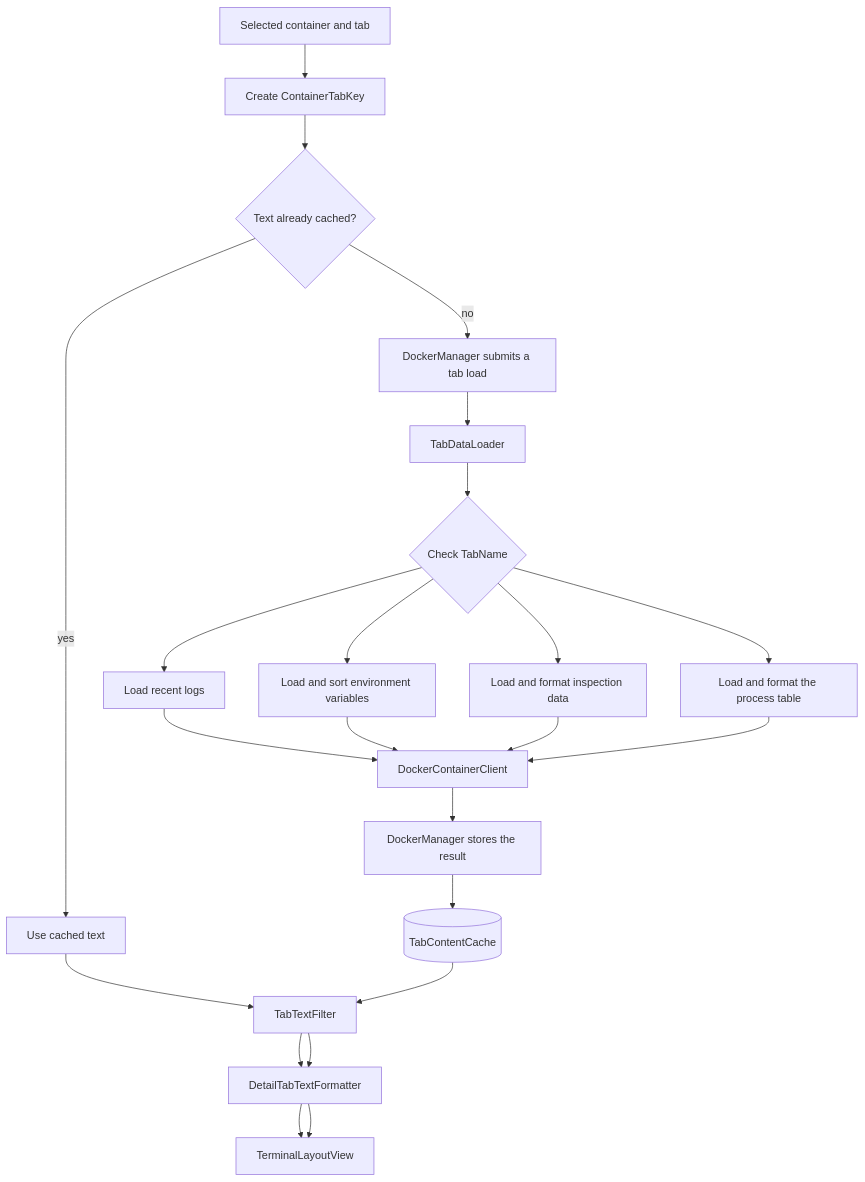
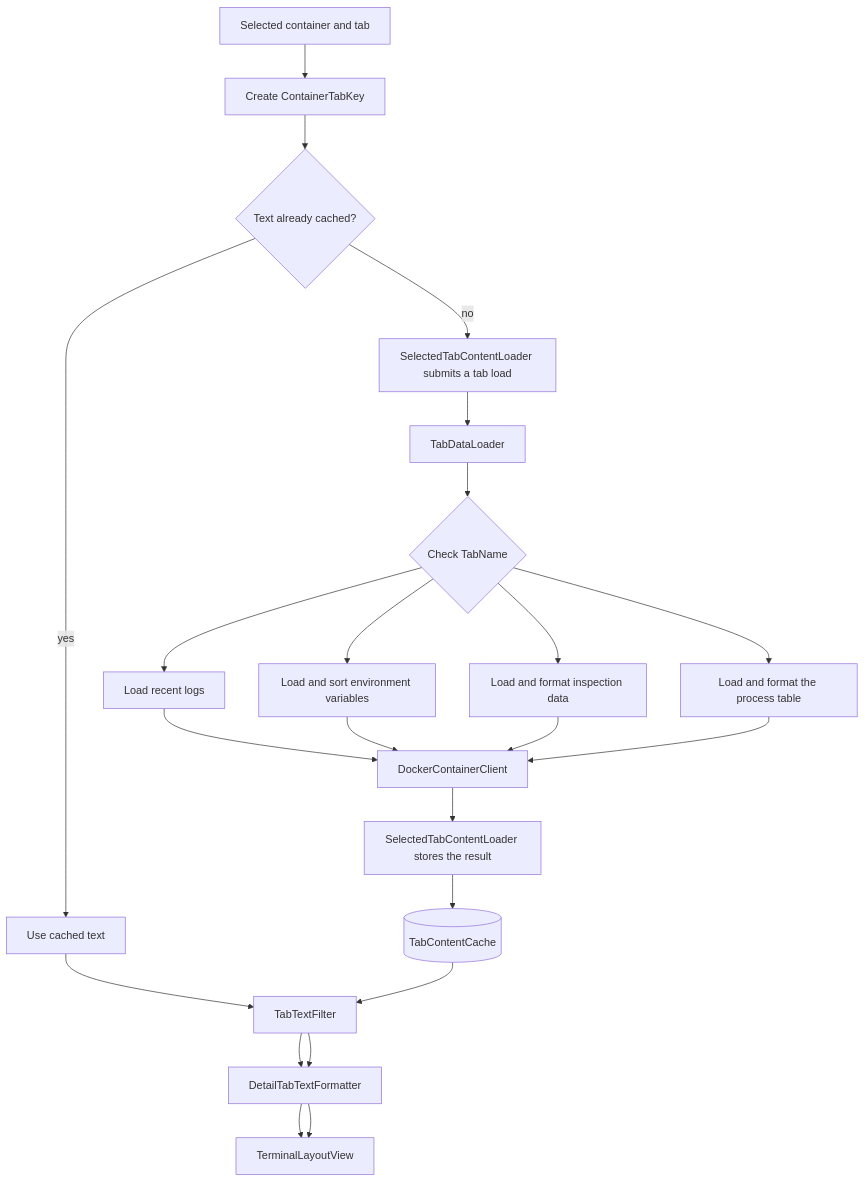
One commit to arabnejad/edm changed the fifth of 5 diagrams in DEVELOPMENT_GUIDE.md. Above: the diagram before and after it, drawn with Mermaid. The commit also changed other lines of this file and 9 other files, not shown here.

First line of the commit message:
Split DockerManager workflows

````diff
--- a/DEVELOPMENT_GUIDE.md
+++ b/DEVELOPMENT_GUIDE.md
@@ -415,29 +438,29 @@
 ```mermaid
 flowchart TD
     Selection[Selected container and tab]
     Key[Create ContainerTabKey]
     Cached{Text already cached?}
     Show[Use cached text]
-    Submit[DockerManager submits a tab load]
+    Submit[SelectedTabContentLoader submits a tab load]
     Loader[TabDataLoader]
     Choose{Check TabName}
     Logs[Load recent logs]
     Env[Load and sort environment variables]
     Config[Load and format inspection data]
     Top[Load and format the process table]
     Client[DockerContainerClient]
-    Complete[DockerManager stores the result]
+    Complete[SelectedTabContentLoader stores the result]
     Cache[(TabContentCache)]
     Filter[TabTextFilter]
     Format[DetailTabTextFormatter]
     Draw[TerminalLayoutView]
 
     Selection --> Key --> Cached
     Cached -- yes --> Show --> Filter --> Format --> Draw
     Cached -- no --> Submit --> Loader --> Choose
     Choose --> Logs --> Client
     Choose --> Env --> Client
     Choose --> Config --> Client
     Choose --> Top --> Client
     Client --> Complete --> Cache --> Filter --> Format --> Draw
 ```
````
